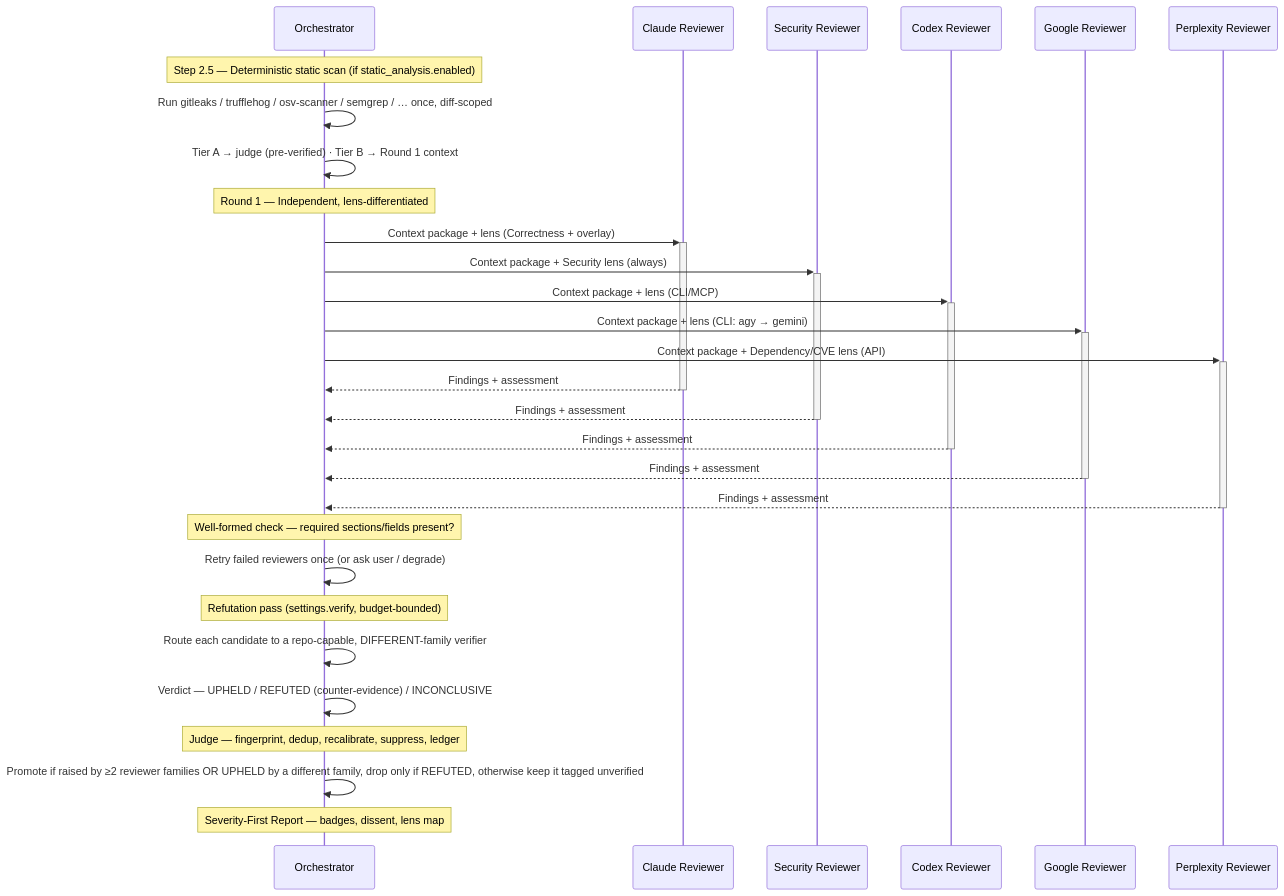
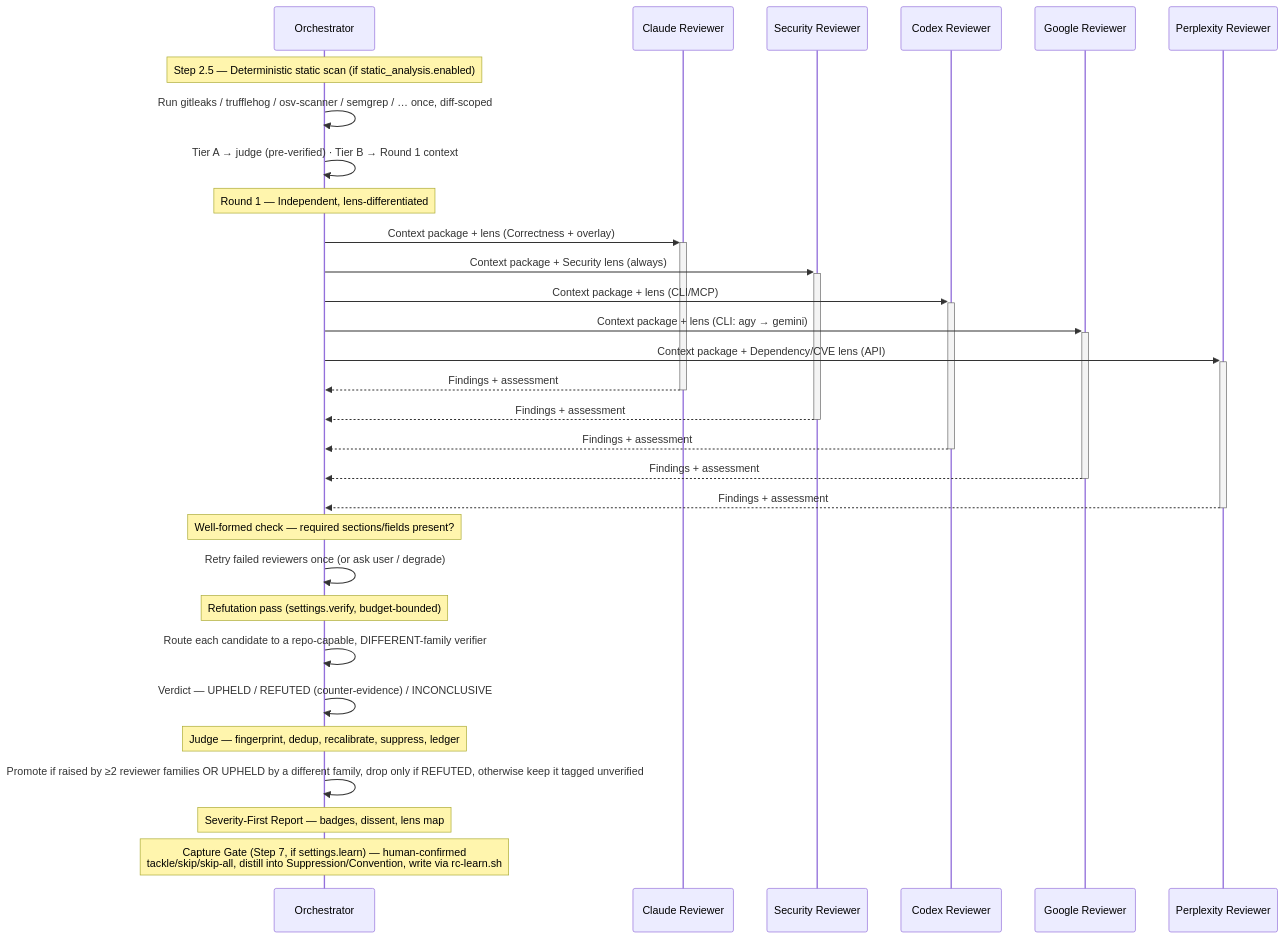
One commit to deployhq/review-council changed the third of 5 diagrams in README.md. Above: the diagram before and after it, drawn with Mermaid. The commit also changed other lines of this file and 3 other files, not shown here.

First line of the commit message:
docs: document the Phase-3 learning-capture loop (Step 7 + learnings lifecycle)

````diff
--- a/README.md
+++ b/README.md
@@ -353,37 +367,39 @@
 ```mermaid
 sequenceDiagram
     participant O as Orchestrator
     participant C as Claude Reviewer
     participant S as Security Reviewer
     participant X as Codex Reviewer
     participant G as Google Reviewer
     participant P as Perplexity Reviewer
 
     Note over O: Step 2.5 — Deterministic static scan (if static_analysis.enabled)
     O->>O: Run gitleaks / trufflehog / osv-scanner / semgrep / … once, diff-scoped
     O->>O: Tier A → judge (pre-verified) · Tier B → Round 1 context
 
     Note over O: Round 1 — Independent, lens-differentiated
     O->>+C: Context package + lens (Correctness + overlay)
     O->>+S: Context package + Security lens (always)
     O->>+X: Context package + lens (CLI/MCP)
     O->>+G: Context package + lens (CLI: agy → gemini)
     O->>+P: Context package + Dependency/CVE lens (API)
     C-->>-O: Findings + assessment
     S-->>-O: Findings + assessment
     X-->>-O: Findings + assessment
     G-->>-O: Findings + assessment
     P-->>-O: Findings + assessment
 
     Note over O: Well-formed check — required sections/fields present?
     O->>O: Retry failed reviewers once (or ask user / degrade)
 
     Note over O: Refutation pass (settings.verify, budget-bounded)
     O->>O: Route each candidate to a repo-capable, DIFFERENT-family verifier
     O->>O: Verdict — UPHELD / REFUTED (counter-evidence) / INCONCLUSIVE
 
     Note over O: Judge — fingerprint, dedup, recalibrate, suppress, ledger
     O->>O: Promote if raised by ≥2 reviewer families OR UPHELD by a different family, drop only if REFUTED, otherwise keep it tagged unverified
 
     Note over O: Severity-First Report — badges, dissent, lens map
+
+    Note over O: Capture Gate (Step 7, if settings.learn) — human-confirmed<br/>tackle/skip/skip-all, distill into Suppression/Convention, write via rc-learn.sh
 ```
````
